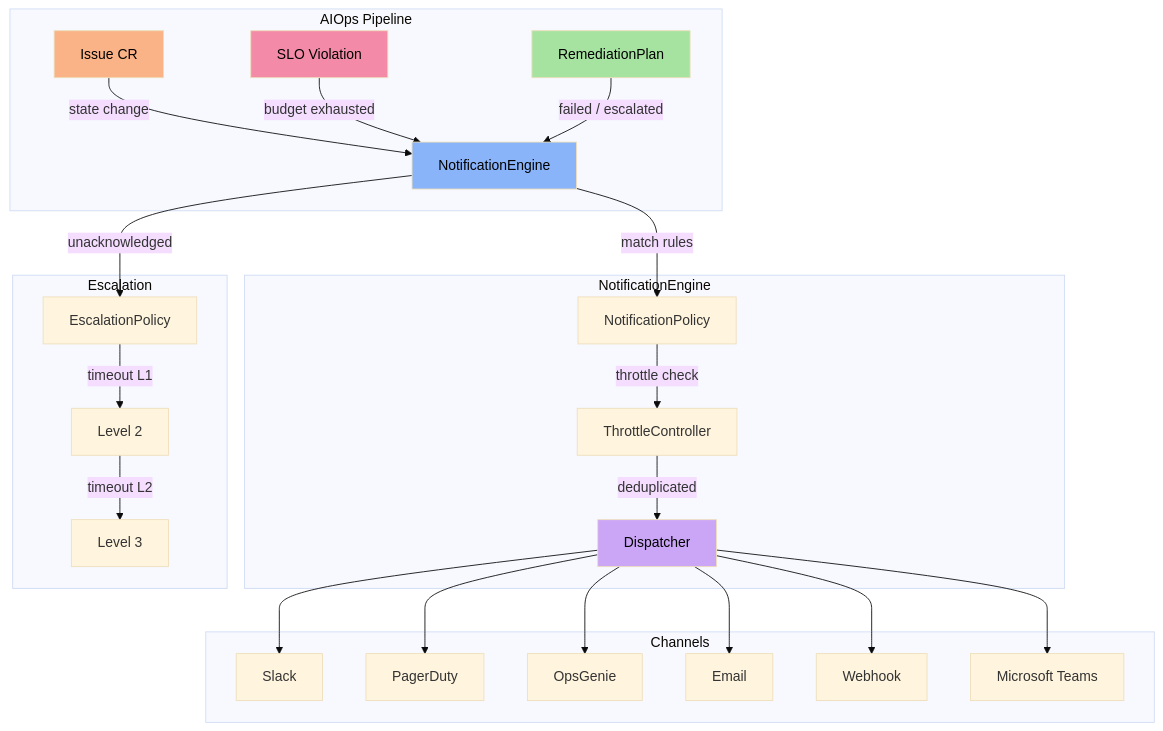
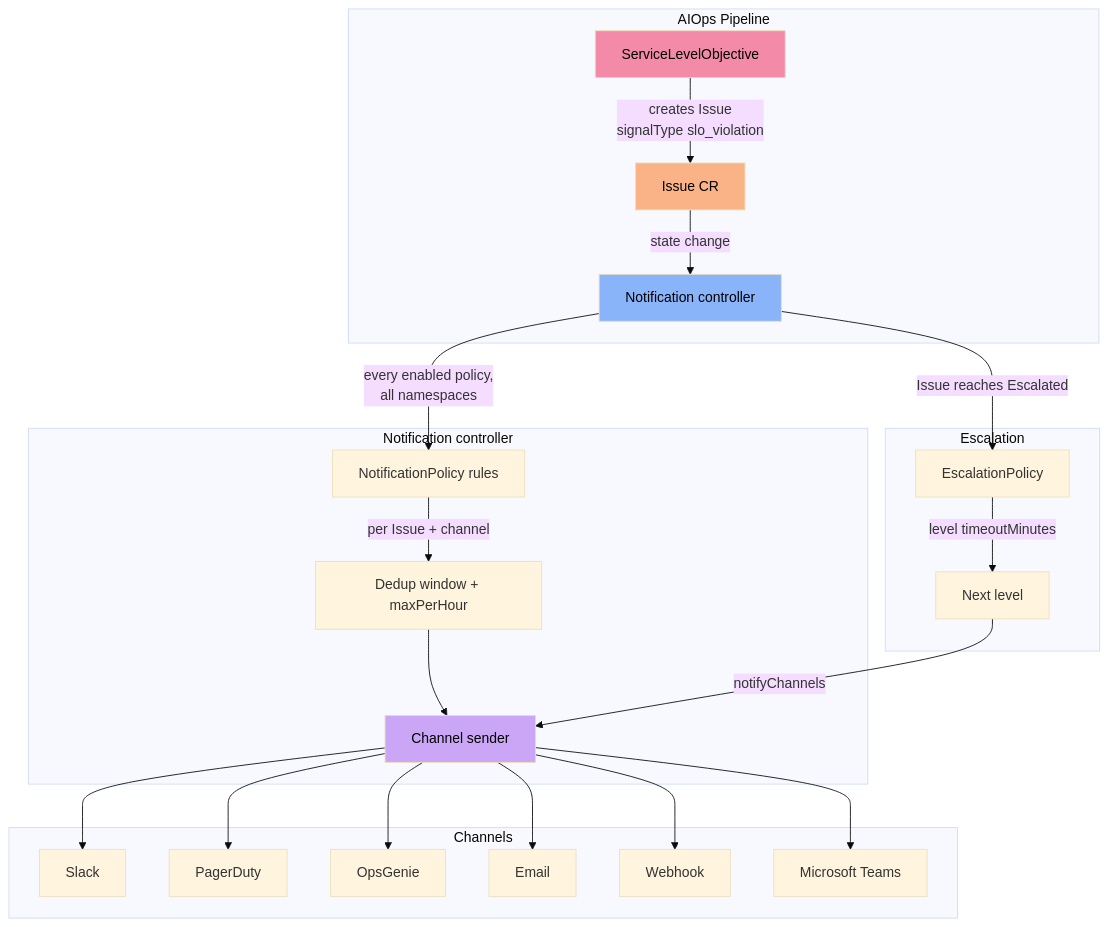
Before and after one commit to diillson/chatcli.ai: the first of 2 diagrams in features/aiops/notifications.mdx, drawn with Mermaid (base theme). The commit also changed other lines of this file and 126 other files, not shown here.

````diff
--- a/features/aiops/notifications.mdx
+++ b/features/aiops/notifications.mdx
@@ -14,35 +14,33 @@
 ```mermaid
 graph TD
     subgraph "AIOps Pipeline"
-        ISS[Issue CR] -->|state change| NE[NotificationEngine]
-        SLO[SLO Violation] -->|budget exhausted| NE
-        RP[RemediationPlan] -->|failed / escalated| NE
+        ISS[Issue CR] -->|state change| NC[Notification controller]
+        SLO[ServiceLevelObjective] -->|creates Issue<br/>signalType slo_violation| ISS
     end
 
-    subgraph "NotificationEngine"
-        NE -->|match rules| NP[NotificationPolicy]
-        NP -->|throttle check| TC[ThrottleController]
-        TC -->|deduplicated| DISPATCH[Dispatcher]
+    subgraph "Notification controller"
+        NC -->|every enabled policy,<br/>all namespaces| NP[NotificationPolicy rules]
+        NP -->|per Issue + channel| TC[Dedup window + maxPerHour]
+        TC --> DISPATCH[Channel sender]
     end
 
     subgraph "Channels"
         DISPATCH --> SLACK[Slack]
         DISPATCH --> PD[PagerDuty]
         DISPATCH --> OG[OpsGenie]
         DISPATCH --> EMAIL[Email]
         DISPATCH --> WH[Webhook]
         DISPATCH --> TEAMS[Microsoft Teams]
     end
 
     subgraph "Escalation"
-        NE -->|unacknowledged| EP[EscalationPolicy]
-        EP -->|timeout L1| L2[Level 2]
-        L2 -->|timeout L2| L3[Level 3]
+        NC -->|Issue reaches Escalated| EP[EscalationPolicy]
+        EP -->|level timeoutMinutes| L2[Next level]
+        L2 -->|notifyChannels| DISPATCH
     end
 
     style ISS fill:#fab387,color:#000
     style SLO fill:#f38ba8,color:#000
-    style RP fill:#a6e3a1,color:#000
-    style NE fill:#89b4fa,color:#000
+    style NC fill:#89b4fa,color:#000
     style DISPATCH fill:#cba6f7,color:#000
 ```
````
